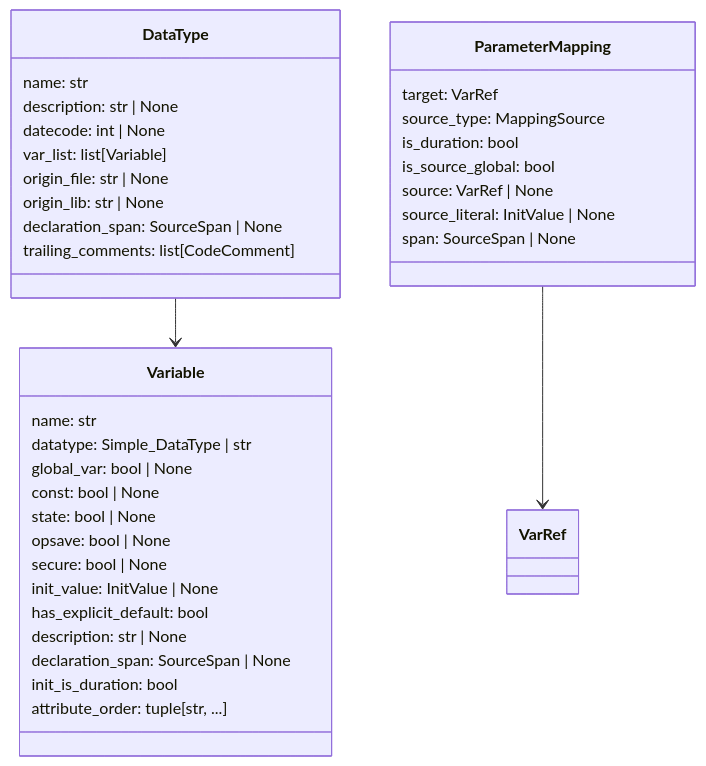
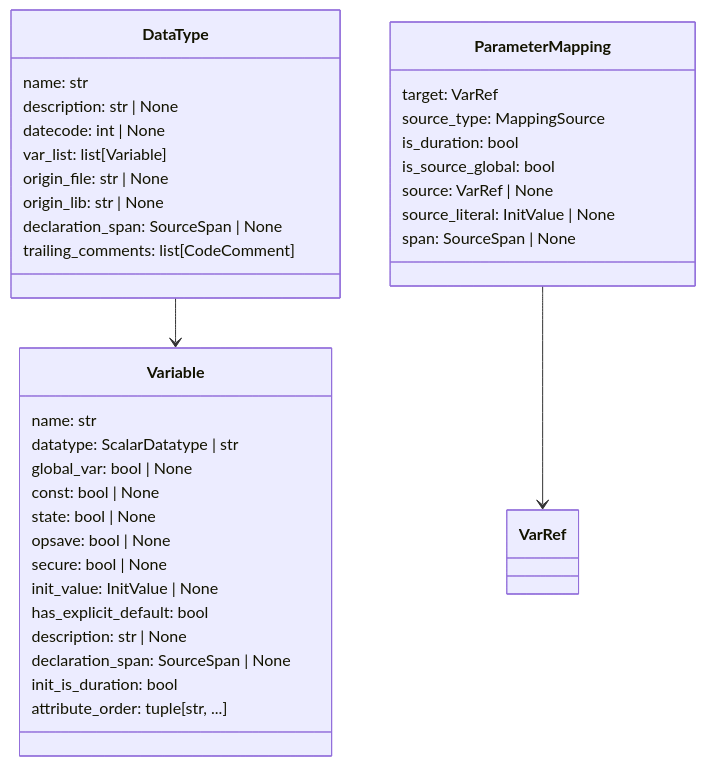
Before and after one commit to SorenHJohansen/sattline-parser: the second of 6 diagrams in docs/ast.md, drawn with Mermaid. The commit also changed other lines of this file and 22 other files, not shown here.

First line of the commit message:
refactor(types)!: rename Simple_DataType to ScalarDatatype

````diff
--- a/docs/ast.md
+++ b/docs/ast.md
@@ -124,42 +124,42 @@
 ```mermaid
 classDiagram
     class Variable {
         name: str
-        datatype: Simple_DataType | str
+        datatype: ScalarDatatype | str
         global_var: bool | None
         const: bool | None
         state: bool | None
         opsave: bool | None
         secure: bool | None
         init_value: InitValue | None
         has_explicit_default: bool
         description: str | None
         declaration_span: SourceSpan | None
         init_is_duration: bool
         attribute_order: tuple[str, ...]
     }
 
     class DataType {
         name: str
         description: str | None
         datecode: int | None
         var_list: list[Variable]
         origin_file: str | None
         origin_lib: str | None
         declaration_span: SourceSpan | None
         trailing_comments: list[CodeComment]
     }
 
     class ParameterMapping {
         target: VarRef
         source_type: MappingSource
         is_duration: bool
         is_source_global: bool
         source: VarRef | None
         source_literal: InitValue | None
         span: SourceSpan | None
     }
 
     DataType --> Variable
     ParameterMapping --> VarRef
 ```
````
